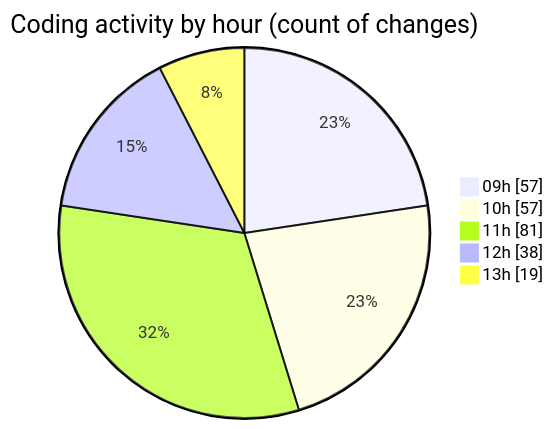
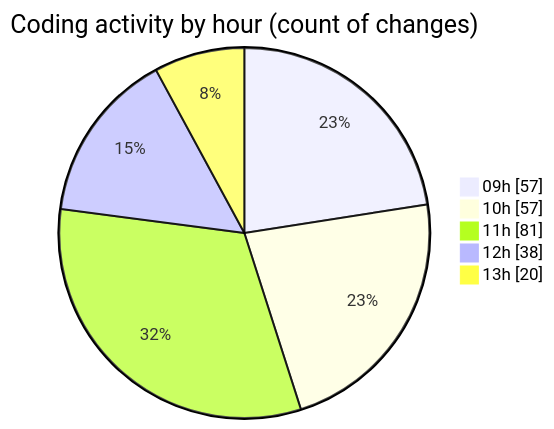
Before and after one commit to momahboobian/code-tracking: the second of 2 diagrams in 2025-09-19/cda/README.md, drawn with Mermaid. The commit also changed other lines of this file and 1 other file, not shown here.

````diff
--- a/2025-09-19/cda/README.md
+++ b/2025-09-19/cda/README.md
@@ -33,9 +33,9 @@
 ```mermaid
 pie showData
 title Coding activity by hour (count of changes)
 "09h" : 57
 "10h" : 57
 "11h" : 81
 "12h" : 38
-"13h" : 19
+"13h" : 20
 ```
````
